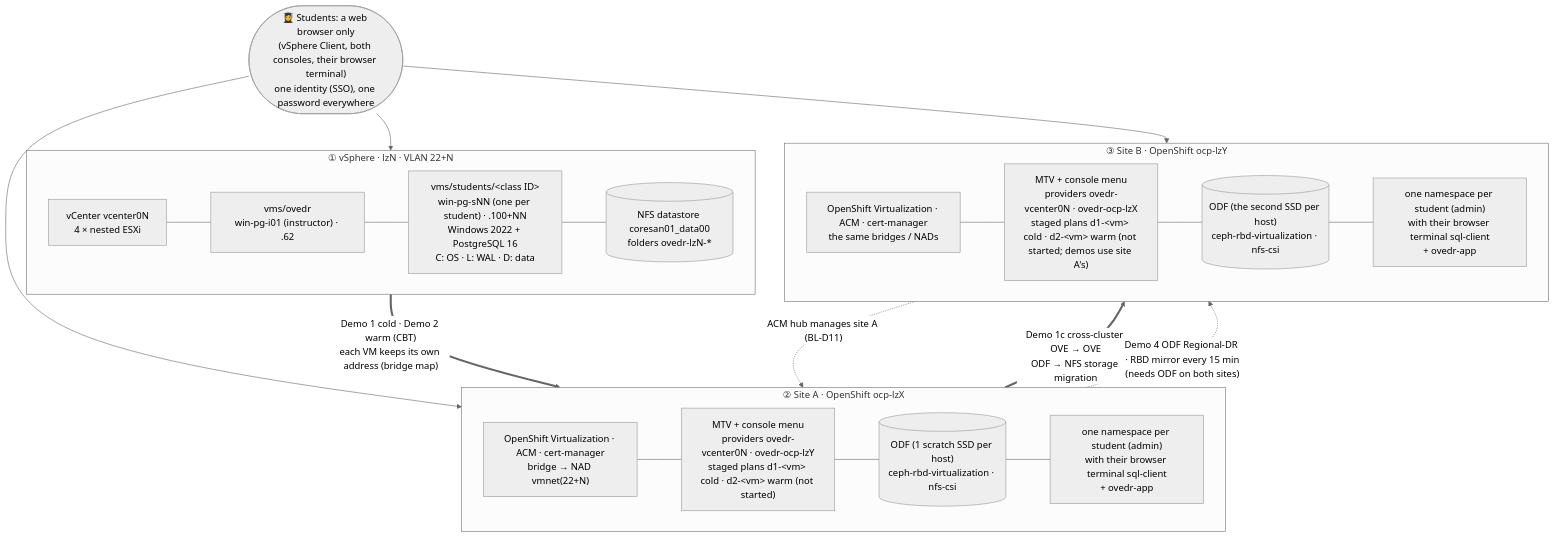
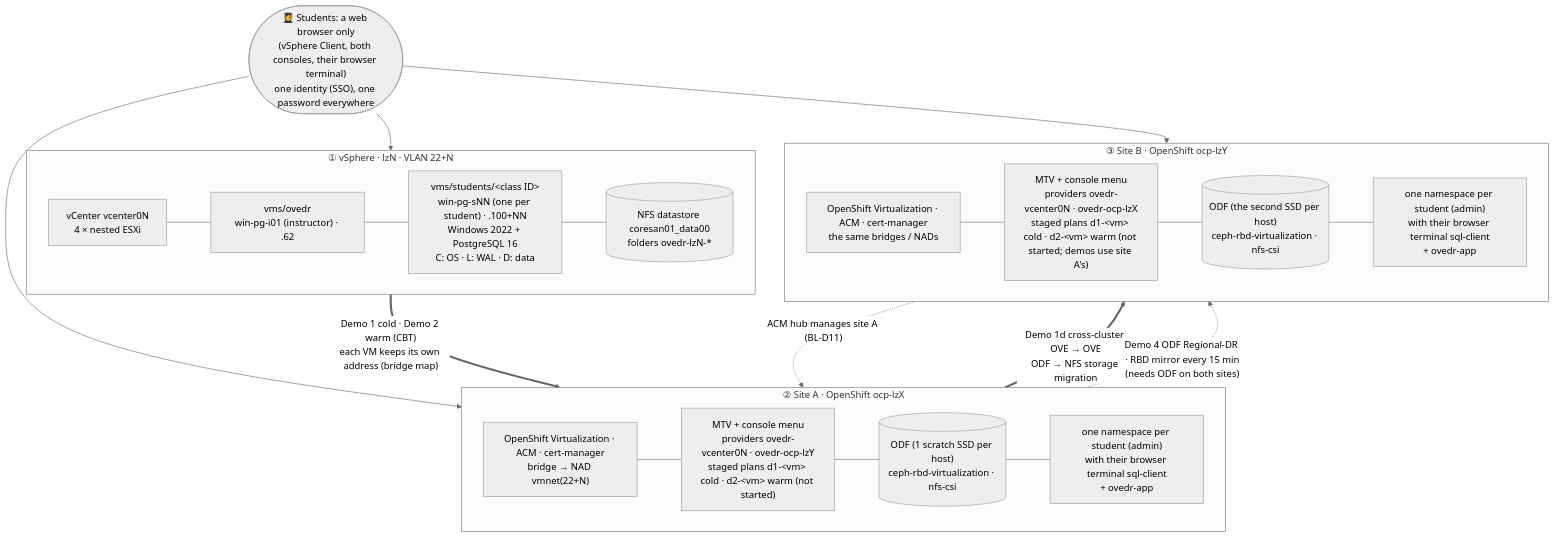
One commit to paragonmicro-lab/demo-0024-public changed the diagram in docs/demos/lab-diagram.md. Above: the diagram before and after it, drawn with Mermaid (neutral theme). The commit also changed other lines of this file and 25 other files, not shown here.

Commit message:
class @ demo-openshift-ove f9e5b128df82

````diff
--- a/docs/demos/lab-diagram.md
+++ b/docs/demos/lab-diagram.md
@@ -20,39 +20,39 @@
 ```mermaid
 flowchart TB
   STU(["👩‍🎓 Students: a web browser only<br/>(vSphere Client, both consoles, their browser terminal)<br/>one identity (SSO), one password everywhere"])
 
   subgraph VS["① vSphere · lzN · VLAN 22+N"]
     direction LR
     VC["vCenter vcenter0N<br/>4 × nested ESXi"]
     VMI["vms/ovedr<br/>win-pg-i01 (instructor) · .62"]
     VMS["vms/students/&lt;class ID&gt;<br/>win-pg-sNN (one per student) · .100+NN<br/>Windows 2022 + PostgreSQL 16<br/>C: OS · L: WAL · D: data"]
     DS[("NFS datastore coresan01_data00<br/>folders ovedr-lzN-*")]
     VC --- VMI --- VMS --- DS
   end
 
   subgraph A["② Site A · OpenShift ocp-lzX"]
     direction LR
     A1["OpenShift Virtualization · ACM · cert-manager<br/>bridge → NAD vmnet(22+N)"]
     A2["MTV + console menu<br/>providers ovedr-vcenter0N · ovedr-ocp-lzY<br/>staged plans d1-&lt;vm&gt; cold · d2-&lt;vm&gt; warm (not started)"]
     A3[("ODF (1 scratch SSD per host)<br/>ceph-rbd-virtualization · nfs-csi")]
     A4["one namespace per student (admin)<br/>with their browser terminal sql-client<br/>+ ovedr-app"]
     A1 --- A2 --- A3 --- A4
   end
 
   subgraph B["③ Site B · OpenShift ocp-lzY"]
     direction LR
     B1["OpenShift Virtualization · ACM · cert-manager<br/>the same bridges / NADs"]
     B2["MTV + console menu<br/>providers ovedr-vcenter0N · ovedr-ocp-lzX<br/>staged plans d1-&lt;vm&gt; cold · d2-&lt;vm&gt; warm (not started; demos use site A's)"]
     B3[("ODF (the second SSD per host)<br/>ceph-rbd-virtualization · nfs-csi")]
     B4["one namespace per student (admin)<br/>with their browser terminal sql-client<br/>+ ovedr-app"]
     B1 --- B2 --- B3 --- B4
   end
 
   STU --> VS
   STU --> A
   STU --> B
   VS == "Demo 1 cold · Demo 2 warm (CBT)<br/>each VM keeps its own address (bridge map)" ==> A
-  A == "Demo 1c cross-cluster OVE → OVE<br/>ODF → NFS storage migration" ==> B
+  A == "Demo 1d cross-cluster OVE → OVE<br/>ODF → NFS storage migration" ==> B
   A -. "Demo 4 ODF Regional-DR · RBD mirror every 15 min<br/>(needs ODF on both sites)" .-> B
   B -. "ACM hub manages site A (BL-D11)" .-> A
 ```
````
